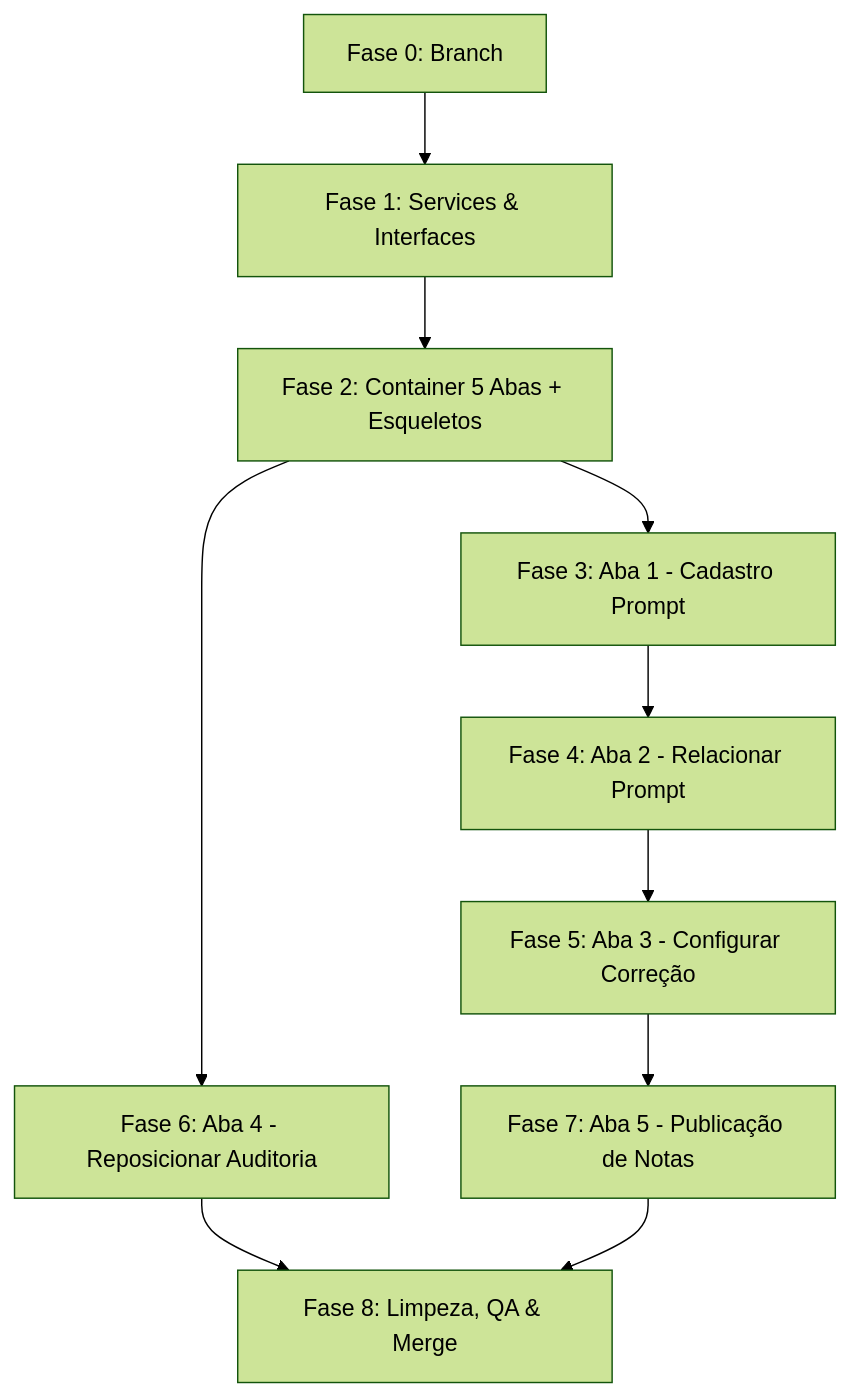
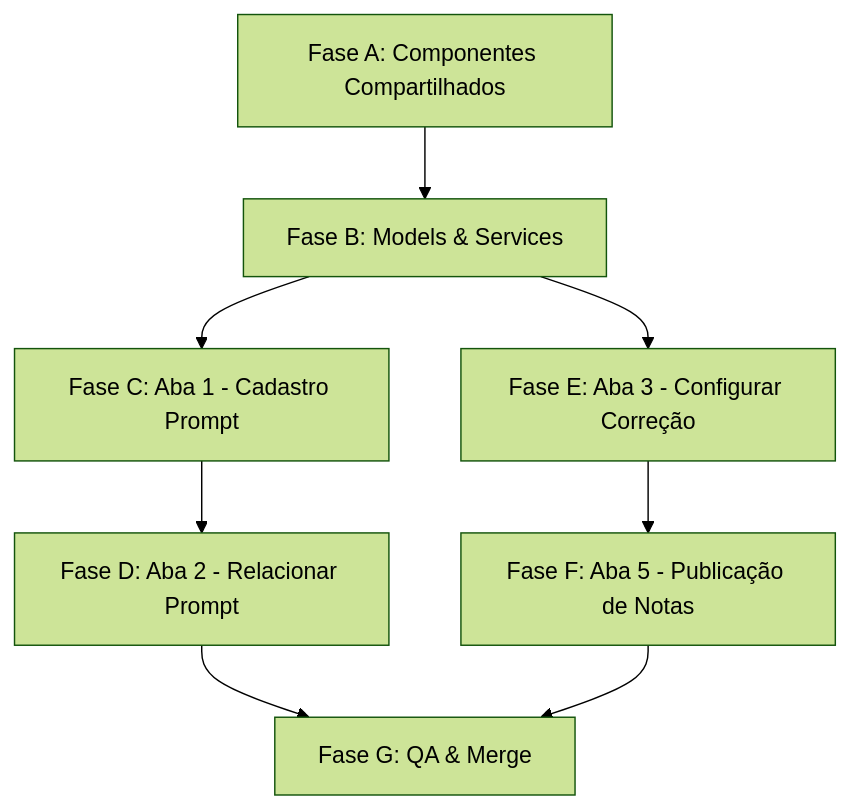
Before and after one commit to armandotreuk/Hub-de-Correcoes: the diagram in Requirements_v2/Plano_Execucao.md, drawn with Mermaid (forest theme). The commit also changed other lines of this file and 3 other files, not shown here.

````diff
--- a/Requirements_v2/Plano_Execucao.md
+++ b/Requirements_v2/Plano_Execucao.md
@@ -404,12 +352,10 @@
 ```mermaid
 graph TD
-    F0[Fase 0: Branch] --> F1[Fase 1: Services & Interfaces]
-    F1 --> F2[Fase 2: Container 5 Abas + Esqueletos]
-    F2 --> F3[Fase 3: Aba 1 - Cadastro Prompt]
-    F2 --> F6[Fase 6: Aba 4 - Reposicionar Auditoria]
-    F3 --> F4[Fase 4: Aba 2 - Relacionar Prompt]
-    F4 --> F5[Fase 5: Aba 3 - Configurar Correção]
-    F5 --> F7[Fase 7: Aba 5 - Publicação de Notas]
-    F6 --> F8[Fase 8: Limpeza, QA & Merge]
-    F7 --> F8
+    FA[Fase A: Componentes Compartilhados] --> FB[Fase B: Models & Services]
+    FB --> FC[Fase C: Aba 1 - Cadastro Prompt]
+    FB --> FE[Fase E: Aba 3 - Configurar Correção]
+    FC --> FD[Fase D: Aba 2 - Relacionar Prompt]
+    FE --> FF[Fase F: Aba 5 - Publicação de Notas]
+    FD --> FG[Fase G: QA & Merge]
+    FF --> FG
 ```
````
